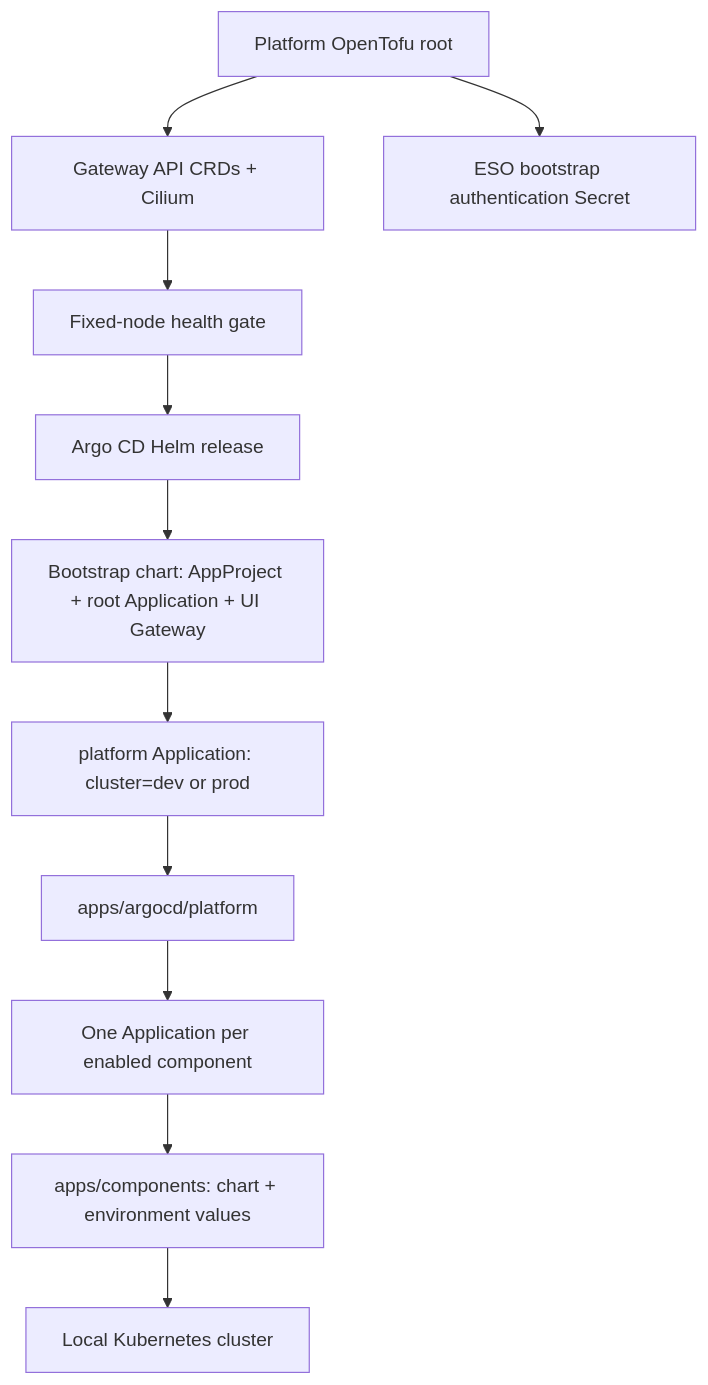
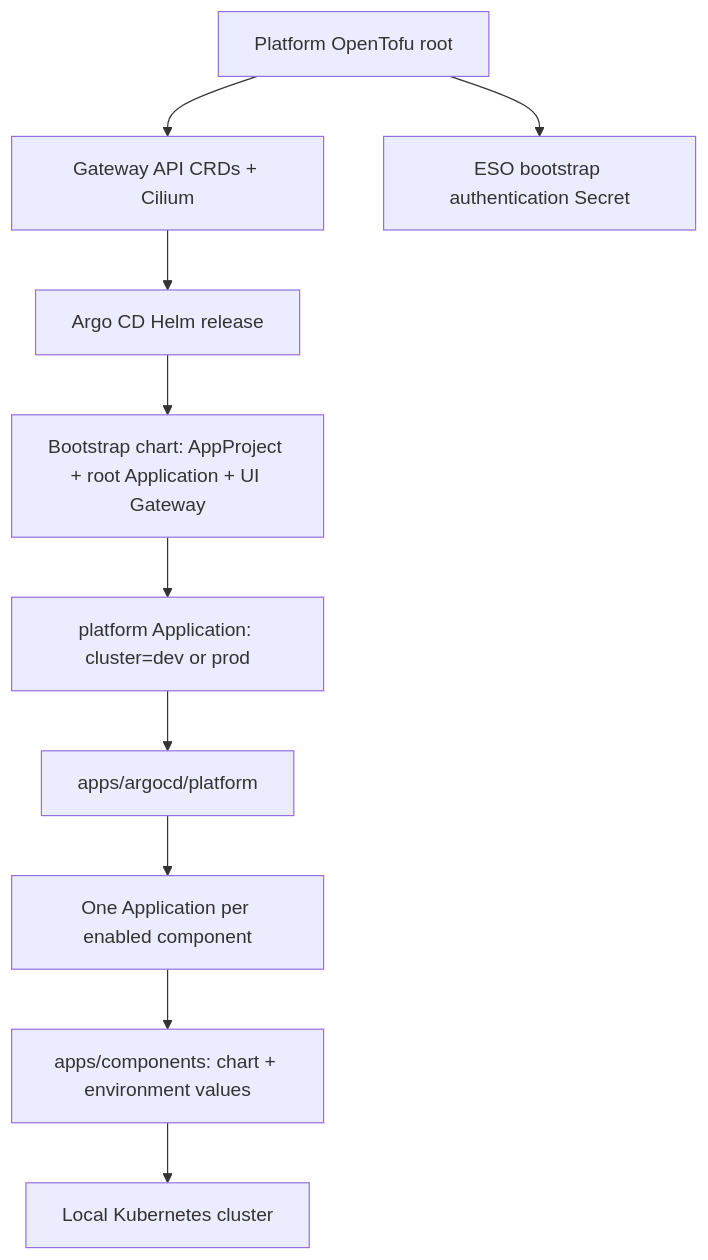
Before and after one commit to phuchoang2603/talos-proxmox: the first of 2 diagrams in docs/architecture/gitops.md, drawn with Mermaid. The commit also changed 11 other files, not shown here.

First line of the commit message:
Drop the fixed-node health gate from the platform root

````diff
--- a/docs/architecture/gitops.md
+++ b/docs/architecture/gitops.md
@@ -9,13 +9,12 @@
 ```mermaid
 flowchart TD
     TF["Platform OpenTofu root"] --> CNI["Gateway API CRDs + Cilium"]
-    CNI --> Gate["Fixed-node health gate"]
-    Gate --> Argo["Argo CD Helm release"]
+    CNI --> Argo["Argo CD Helm release"]
     TF --> Auth["ESO bootstrap authentication Secret"]
     Argo --> Bootstrap["Bootstrap chart: AppProject + root Application + UI Gateway"]
     Bootstrap --> Root["platform Application: cluster=dev or prod"]
     Root --> Shared["apps/argocd/platform"]
     Shared --> Apps["One Application per enabled component"]
     Apps --> Components["apps/components: chart + environment values"]
     Components --> Local["Local Kubernetes cluster"]
 ```
````
